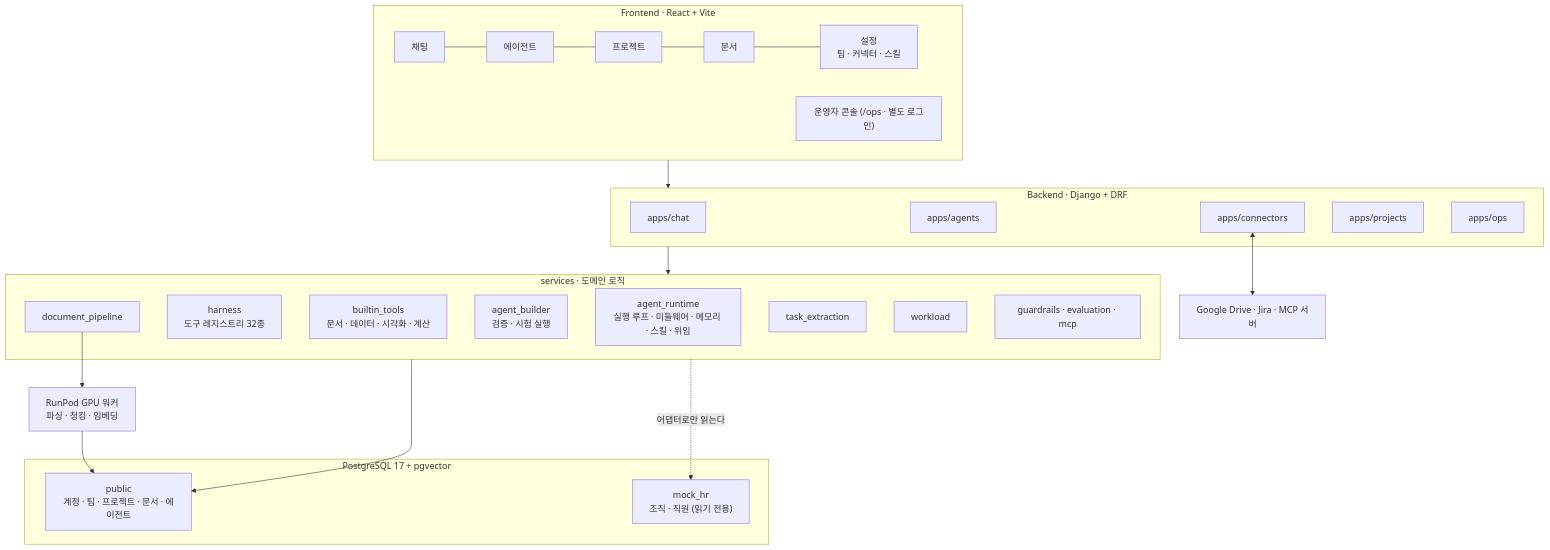
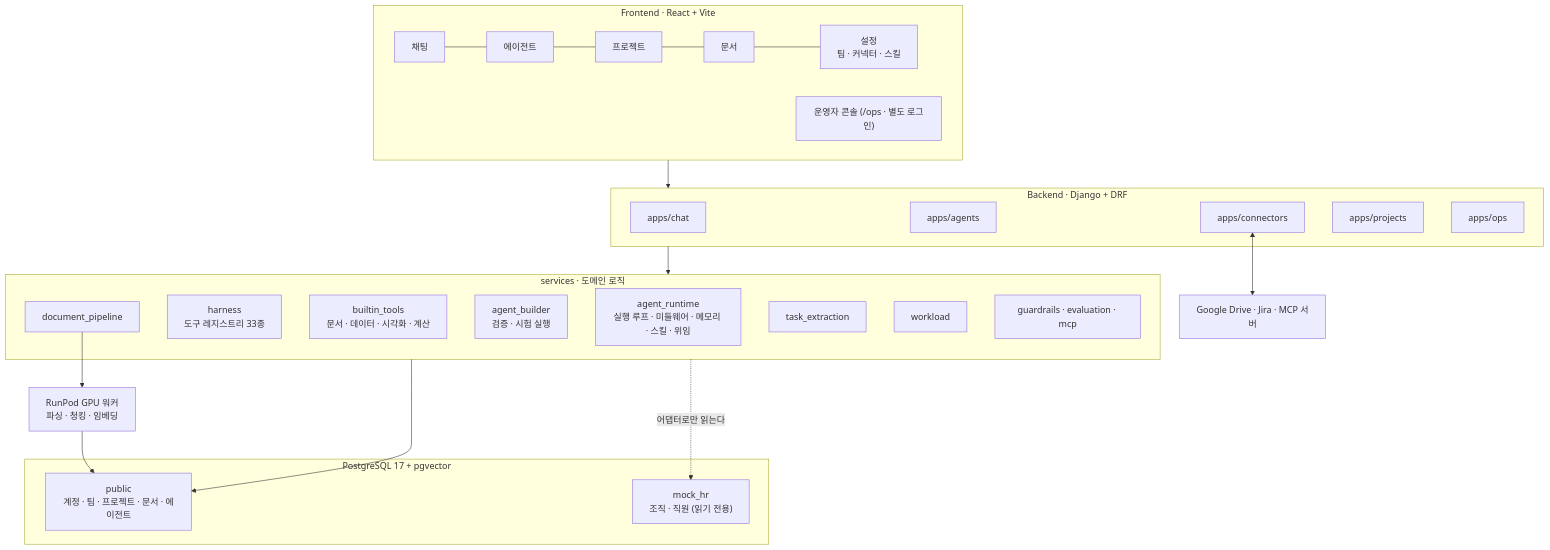
One commit to SKNETWORKS-FAMILY-AICAMP/SKN29-FINAL-2TEAM changed the second of 4 diagrams in README.md. Above: the diagram before and after it, drawn with Mermaid. The commit also changed other lines of this file and 11 other files, not shown here.

````diff
--- a/README.md
+++ b/README.md
@@ -232,40 +232,40 @@
 ```mermaid
 flowchart TB
     subgraph FE["Frontend · React + Vite"]
         F1["채팅"] --- F2["에이전트"] --- F3["프로젝트"] --- F4["문서"] --- F5["설정<br/>팀 · 커넥터 · 스킬"]
         F6["운영자 콘솔 (/ops · 별도 로그인)"]
     end
 
     subgraph BE["Backend · Django + DRF"]
         A1["apps/chat"]
         A2["apps/agents"]
         A3["apps/connectors"]
         A4["apps/projects"]
         A5["apps/ops"]
     end
 
     subgraph SV["services · 도메인 로직"]
         S1["agent_runtime<br/>실행 루프 · 미들웨어 · 메모리 · 스킬 · 위임"]
-        S6["harness<br/>도구 레지스트리 32종"]
+        S6["harness<br/>도구 레지스트리 33종"]
         S7["builtin_tools<br/>문서 · 데이터 · 시각화 · 계산"]
         S2["agent_builder<br/>검증 · 시험 실행"]
         S3["document_pipeline"]
         S4["task_extraction"]
         S5["workload"]
         S8["guardrails · evaluation · mcp"]
     end
 
     subgraph DB["PostgreSQL 17 + pgvector"]
         D1["public<br/>계정 · 팀 · 프로젝트 · 문서 · 에이전트"]
         D2["mock_hr<br/>조직 · 직원 (읽기 전용)"]
     end
 
     EXT["Google Drive · Jira · MCP 서버"]
     GPU["RunPod GPU 워커<br/>파싱 · 청킹 · 임베딩"]
 
     FE --> BE --> SV
     SV --> D1
     SV -. 어댑터로만 읽는다 .-> D2
     A3 <--> EXT
     S3 --> GPU --> D1
 ```
````
